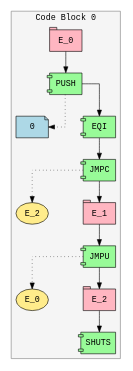
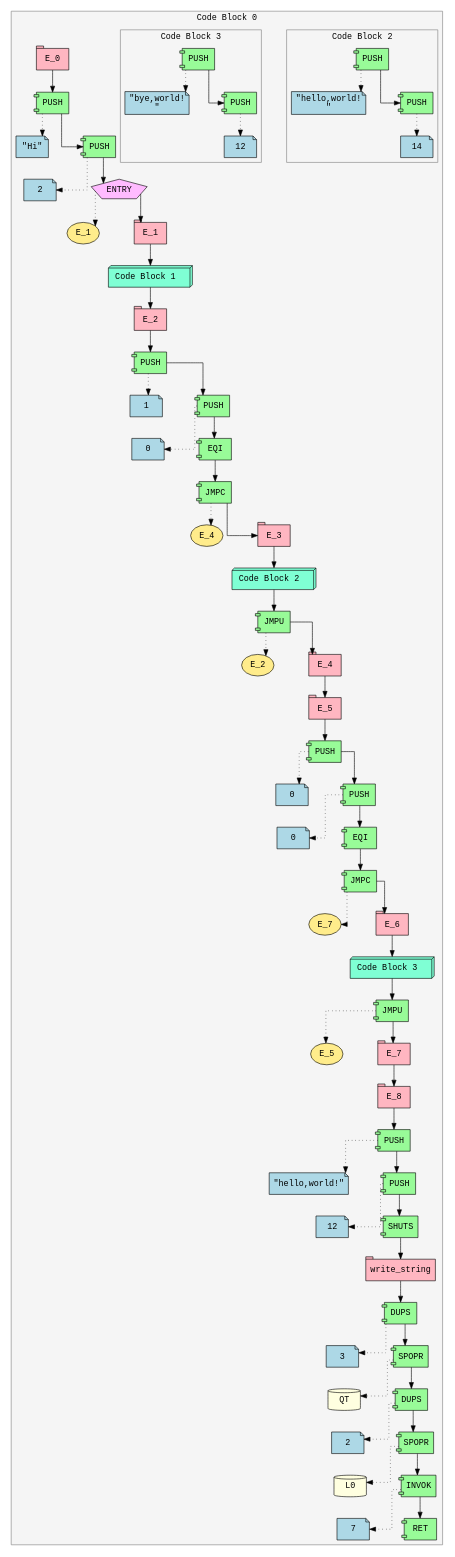
Before and after one commit to Soham-Metha/IICT_Segfault_2025: the diagram in ir.dot, drawn with Graphviz. The commit also changed 11 other files, not shown here.

```diff
--- a/ir.dot
+++ b/ir.dot
@@ -1,33 +1,152 @@
 digraph ir {
 splines=ortho;
 nodesep=0.8;
 ranksep=0.5;
 subgraph cluster_0 {
 label="Code Block 0 ";
 style=filled;
 color=gray;
 fillcolor=whitesmoke;
 fontname="Courier";
 Expr_1 [shape=tab style=filled fillcolor=lightpink fontname="Courier" label="E_0"]
 Expr_2 [shape=component style=filled fillcolor=palegreen fontname="Courier" label="PUSH"]
-Expr_3 [shape=note style=filled fillcolor=lightblue fontname="Courier" label="0"]
+Expr_3 [shape=note style=filled fillcolor=lightblue fontname="Courier" label="\"Hi\""]
 Expr_2 -> Expr_3 [style=dotted]
 Expr_1 -> Expr_2;
-Expr_4 [shape=component style=filled fillcolor=palegreen fontname="Courier" label="EQI"]
+Expr_4 [shape=component style=filled fillcolor=palegreen fontname="Courier" label="PUSH"]
+Expr_5 [shape=note style=filled fillcolor=lightblue fontname="Courier" label="2"]
+Expr_4 -> Expr_5 [style=dotted]
 Expr_2 -> Expr_4;
-Expr_5 [shape=component style=filled fillcolor=palegreen fontname="Courier" label="JMPC"]
-Expr_6 [shape=ellipse style=filled fillcolor=lightgoldenrod1 fontname="Courier" label="E_2"]
-Expr_5 -> Expr_6 [style=dotted]
-Expr_4 -> Expr_5;
-Expr_7 [shape=tab style=filled fillcolor=lightpink fontname="Courier" label="E_1"]
-Expr_5 -> Expr_7;
-Expr_8 [shape=component style=filled fillcolor=palegreen fontname="Courier" label="JMPU"]
-Expr_9 [shape=ellipse style=filled fillcolor=lightgoldenrod1 fontname="Courier" label="E_0"]
-Expr_8 -> Expr_9 [style=dotted]
-Expr_7 -> Expr_8;
+Expr_6 [shape=pentagon style=filled fillcolor=plum1 fontname="Courier" label="ENTRY"]
+Expr_7 [shape=ellipse style=filled fillcolor=lightgoldenrod1 fontname="Courier" label="E_1"]
+Expr_6 -> Expr_7 [style=dotted]
+Expr_4 -> Expr_6;
+Expr_8 [shape=tab style=filled fillcolor=lightpink fontname="Courier" label="E_1"]
+Expr_6 -> Expr_8;
+subgraph cluster_9 {
+label="Code Block 1 ";
+style=filled;
+color=gray;
+fillcolor=whitesmoke;
+fontname="Courier";
+}
+Expr_9 [shape=box3d style=filled fillcolor=aquamarine fontname="Courier" label=" Code Block 1  "]
+Expr_8 -> Expr_9;
 Expr_10 [shape=tab style=filled fillcolor=lightpink fontname="Courier" label="E_2"]
-Expr_8 -> Expr_10;
-Expr_11 [shape=component style=filled fillcolor=palegreen fontname="Courier" label="SHUTS"]
+Expr_9 -> Expr_10;
+Expr_11 [shape=component style=filled fillcolor=palegreen fontname="Courier" label="PUSH"]
+Expr_12 [shape=note style=filled fillcolor=lightblue fontname="Courier" label="1"]
+Expr_11 -> Expr_12 [style=dotted]
 Expr_10 -> Expr_11;
+Expr_13 [shape=component style=filled fillcolor=palegreen fontname="Courier" label="PUSH"]
+Expr_14 [shape=note style=filled fillcolor=lightblue fontname="Courier" label="0"]
+Expr_13 -> Expr_14 [style=dotted]
+Expr_11 -> Expr_13;
+Expr_15 [shape=component style=filled fillcolor=palegreen fontname="Courier" label="EQI"]
+Expr_13 -> Expr_15;
+Expr_16 [shape=component style=filled fillcolor=palegreen fontname="Courier" label="JMPC"]
+Expr_17 [shape=ellipse style=filled fillcolor=lightgoldenrod1 fontname="Courier" label="E_4"]
+Expr_16 -> Expr_17 [style=dotted]
+Expr_15 -> Expr_16;
+Expr_18 [shape=tab style=filled fillcolor=lightpink fontname="Courier" label="E_3"]
+Expr_16 -> Expr_18;
+subgraph cluster_19 {
+label="Code Block 2 ";
+style=filled;
+color=gray;
+fillcolor=whitesmoke;
+fontname="Courier";
+Expr_20 [shape=component style=filled fillcolor=palegreen fontname="Courier" label="PUSH"]
+Expr_21 [shape=note style=filled fillcolor=lightblue fontname="Courier" label="\"hello,world!\n\""]
+Expr_20 -> Expr_21 [style=dotted]
+Expr_22 [shape=component style=filled fillcolor=palegreen fontname="Courier" label="PUSH"]
+Expr_23 [shape=note style=filled fillcolor=lightblue fontname="Courier" label="14"]
+Expr_22 -> Expr_23 [style=dotted]
+Expr_20 -> Expr_22;
+}
+Expr_19 [shape=box3d style=filled fillcolor=aquamarine fontname="Courier" label=" Code Block 2  "]
+Expr_18 -> Expr_19;
+Expr_24 [shape=component style=filled fillcolor=palegreen fontname="Courier" label="JMPU"]
+Expr_25 [shape=ellipse style=filled fillcolor=lightgoldenrod1 fontname="Courier" label="E_2"]
+Expr_24 -> Expr_25 [style=dotted]
+Expr_19 -> Expr_24;
+Expr_26 [shape=tab style=filled fillcolor=lightpink fontname="Courier" label="E_4"]
+Expr_24 -> Expr_26;
+Expr_27 [shape=tab style=filled fillcolor=lightpink fontname="Courier" label="E_5"]
+Expr_26 -> Expr_27;
+Expr_28 [shape=component style=filled fillcolor=palegreen fontname="Courier" label="PUSH"]
+Expr_29 [shape=note style=filled fillcolor=lightblue fontname="Courier" label="0"]
+Expr_28 -> Expr_29 [style=dotted]
+Expr_27 -> Expr_28;
+Expr_30 [shape=component style=filled fillcolor=palegreen fontname="Courier" label="PUSH"]
+Expr_31 [shape=note style=filled fillcolor=lightblue fontname="Courier" label="0"]
+Expr_30 -> Expr_31 [style=dotted]
+Expr_28 -> Expr_30;
+Expr_32 [shape=component style=filled fillcolor=palegreen fontname="Courier" label="EQI"]
+Expr_30 -> Expr_32;
+Expr_33 [shape=component style=filled fillcolor=palegreen fontname="Courier" label="JMPC"]
+Expr_34 [shape=ellipse style=filled fillcolor=lightgoldenrod1 fontname="Courier" label="E_7"]
+Expr_33 -> Expr_34 [style=dotted]
+Expr_32 -> Expr_33;
+Expr_35 [shape=tab style=filled fillcolor=lightpink fontname="Courier" label="E_6"]
+Expr_33 -> Expr_35;
+subgraph cluster_36 {
+label="Code Block 3 ";
+style=filled;
+color=gray;
+fillcolor=whitesmoke;
+fontname="Courier";
+Expr_37 [shape=component style=filled fillcolor=palegreen fontname="Courier" label="PUSH"]
+Expr_38 [shape=note style=filled fillcolor=lightblue fontname="Courier" label="\"bye,world!\n\""]
+Expr_37 -> Expr_38 [style=dotted]
+Expr_39 [shape=component style=filled fillcolor=palegreen fontname="Courier" label="PUSH"]
+Expr_40 [shape=note style=filled fillcolor=lightblue fontname="Courier" label="12"]
+Expr_39 -> Expr_40 [style=dotted]
+Expr_37 -> Expr_39;
+}
+Expr_36 [shape=box3d style=filled fillcolor=aquamarine fontname="Courier" label=" Code Block 3  "]
+Expr_35 -> Expr_36;
+Expr_41 [shape=component style=filled fillcolor=palegreen fontname="Courier" label="JMPU"]
+Expr_42 [shape=ellipse style=filled fillcolor=lightgoldenrod1 fontname="Courier" label="E_5"]
+Expr_41 -> Expr_42 [style=dotted]
+Expr_36 -> Expr_41;
+Expr_43 [shape=tab style=filled fillcolor=lightpink fontname="Courier" label="E_7"]
+Expr_41 -> Expr_43;
+Expr_44 [shape=tab style=filled fillcolor=lightpink fontname="Courier" label="E_8"]
+Expr_43 -> Expr_44;
+Expr_45 [shape=component style=filled fillcolor=palegreen fontname="Courier" label="PUSH"]
+Expr_46 [shape=note style=filled fillcolor=lightblue fontname="Courier" label="\"hello,world!\""]
+Expr_45 -> Expr_46 [style=dotted]
+Expr_44 -> Expr_45;
+Expr_47 [shape=component style=filled fillcolor=palegreen fontname="Courier" label="PUSH"]
+Expr_48 [shape=note style=filled fillcolor=lightblue fontname="Courier" label="12"]
+Expr_47 -> Expr_48 [style=dotted]
+Expr_45 -> Expr_47;
+Expr_49 [shape=component style=filled fillcolor=palegreen fontname="Courier" label="SHUTS"]
+Expr_47 -> Expr_49;
+Expr_50 [shape=tab style=filled fillcolor=lightpink fontname="Courier" label="write_string"]
+Expr_49 -> Expr_50;
+Expr_51 [shape=component style=filled fillcolor=palegreen fontname="Courier" label="DUPS"]
+Expr_52 [shape=note style=filled fillcolor=lightblue fontname="Courier" label="3"]
+Expr_51 -> Expr_52 [style=dotted]
+Expr_50 -> Expr_51;
+Expr_53 [shape=component style=filled fillcolor=palegreen fontname="Courier" label="SPOPR"]
+Expr_54 [shape=cylinder style=filled fillcolor=lightyellow fontname="Courier" label="QT"]
+Expr_53 -> Expr_54 [style=dotted]
+Expr_51 -> Expr_53;
+Expr_55 [shape=component style=filled fillcolor=palegreen fontname="Courier" label="DUPS"]
+Expr_56 [shape=note style=filled fillcolor=lightblue fontname="Courier" label="2"]
+Expr_55 -> Expr_56 [style=dotted]
+Expr_53 -> Expr_55;
+Expr_57 [shape=component style=filled fillcolor=palegreen fontname="Courier" label="SPOPR"]
+Expr_58 [shape=cylinder style=filled fillcolor=lightyellow fontname="Courier" label="L0"]
+Expr_57 -> Expr_58 [style=dotted]
+Expr_55 -> Expr_57;
+Expr_59 [shape=component style=filled fillcolor=palegreen fontname="Courier" label="INVOK"]
+Expr_60 [shape=note style=filled fillcolor=lightblue fontname="Courier" label="7"]
+Expr_59 -> Expr_60 [style=dotted]
+Expr_57 -> Expr_59;
+Expr_61 [shape=component style=filled fillcolor=palegreen fontname="Courier" label="RET"]
+Expr_59 -> Expr_61;
 }
 }
```
